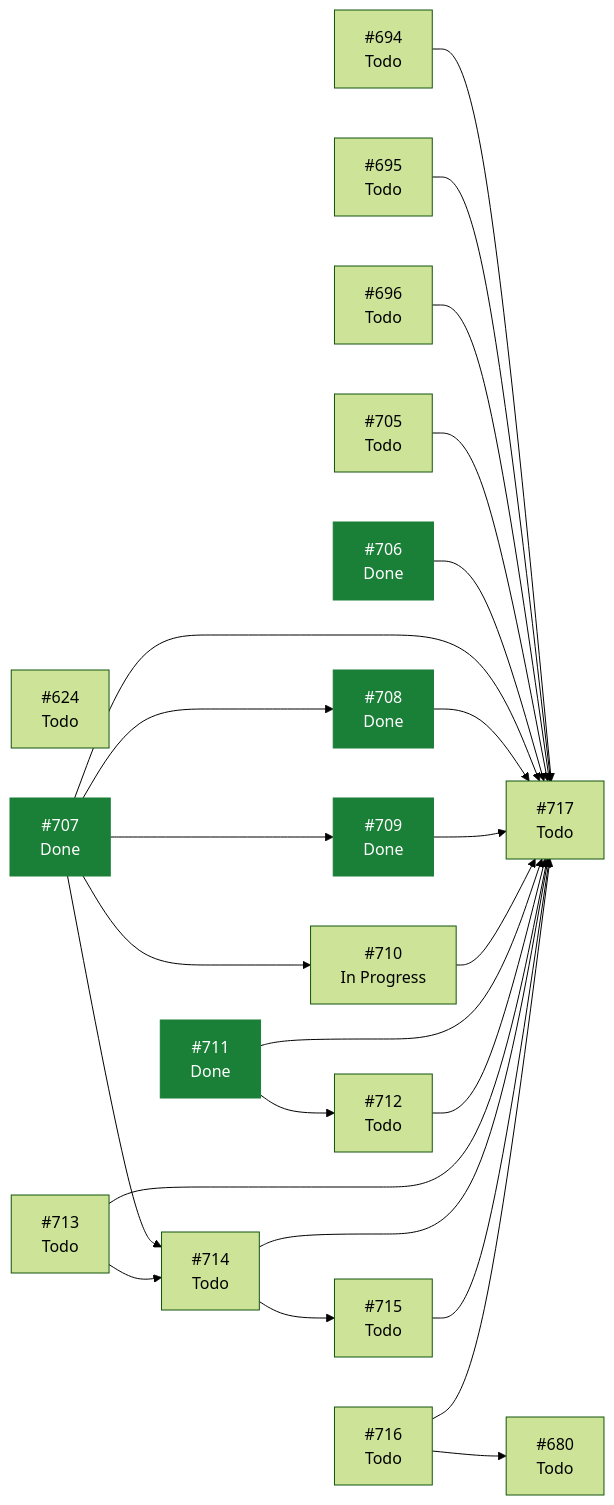
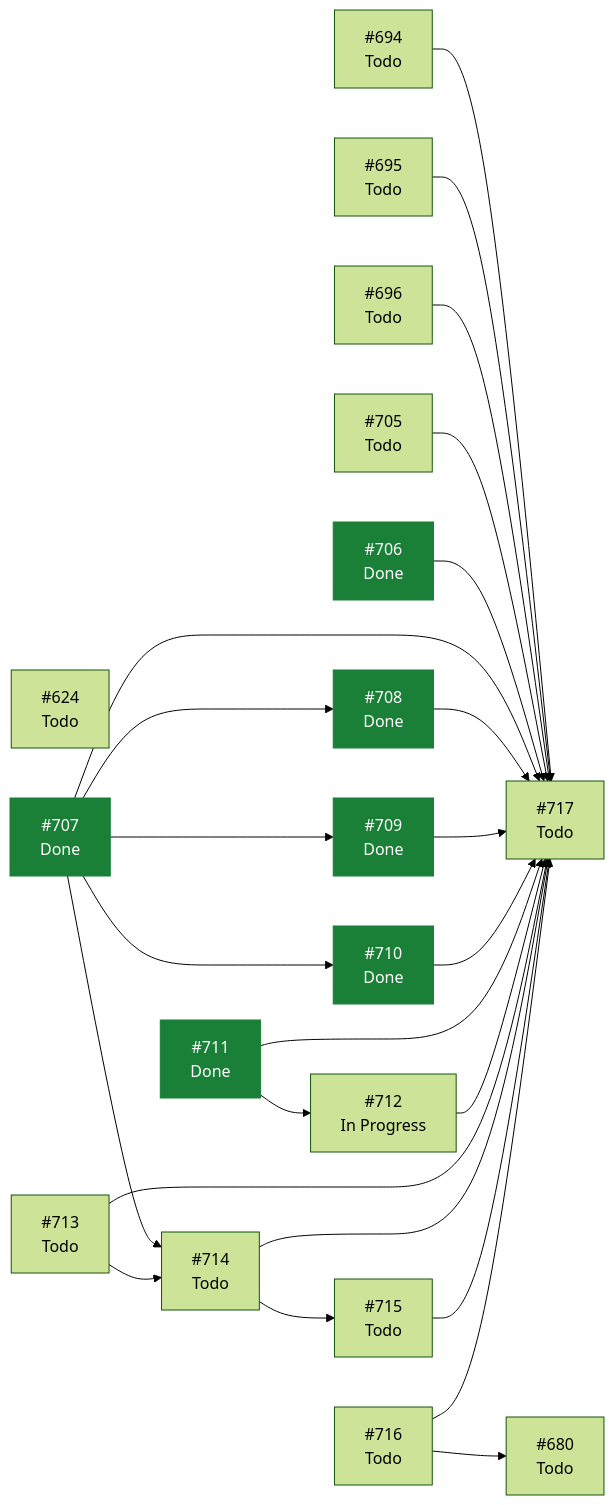
The diagram in docs/planning/STATUS.md (ecamp0s/evault), drawn with Mermaid (forest theme) before and after one commit. The commit also changed other lines of this file, not shown here.

````diff
--- a/docs/planning/STATUS.md
+++ b/docs/planning/STATUS.md
@@ -111,46 +110,46 @@
 ```mermaid
 graph LR
   I624["#624<br/>Todo"]
   I680["#680<br/>Todo"]
   I694["#694<br/>Todo"]
   I695["#695<br/>Todo"]
   I696["#696<br/>Todo"]
   I705["#705<br/>Todo"]
   I706["#706<br/>Done"]
   I707["#707<br/>Done"]
   I708["#708<br/>Done"]
   I709["#709<br/>Done"]
-  I710["#710<br/>In Progress"]
+  I710["#710<br/>Done"]
   I711["#711<br/>Done"]
-  I712["#712<br/>Todo"]
+  I712["#712<br/>In Progress"]
   I713["#713<br/>Todo"]
   I714["#714<br/>Todo"]
   I715["#715<br/>Todo"]
   I716["#716<br/>Todo"]
   I717["#717<br/>Todo"]
   I694 --> I717
   I695 --> I717
   I696 --> I717
   I705 --> I717
   I706 --> I717
   I707 --> I708
   I707 --> I709
   I707 --> I710
   I707 --> I714
   I707 --> I717
   I708 --> I717
   I709 --> I717
   I710 --> I717
   I711 --> I712
   I711 --> I717
   I712 --> I717
   I713 --> I714
   I713 --> I717
   I714 --> I715
   I714 --> I717
   I715 --> I717
   I716 --> I680
   I716 --> I717
   classDef hecho fill:#1a7f37,stroke:#1a7f37,color:#fff;
-  class I706,I707,I708,I709,I711 hecho;
+  class I706,I707,I708,I709,I710,I711 hecho;
 ```
````
